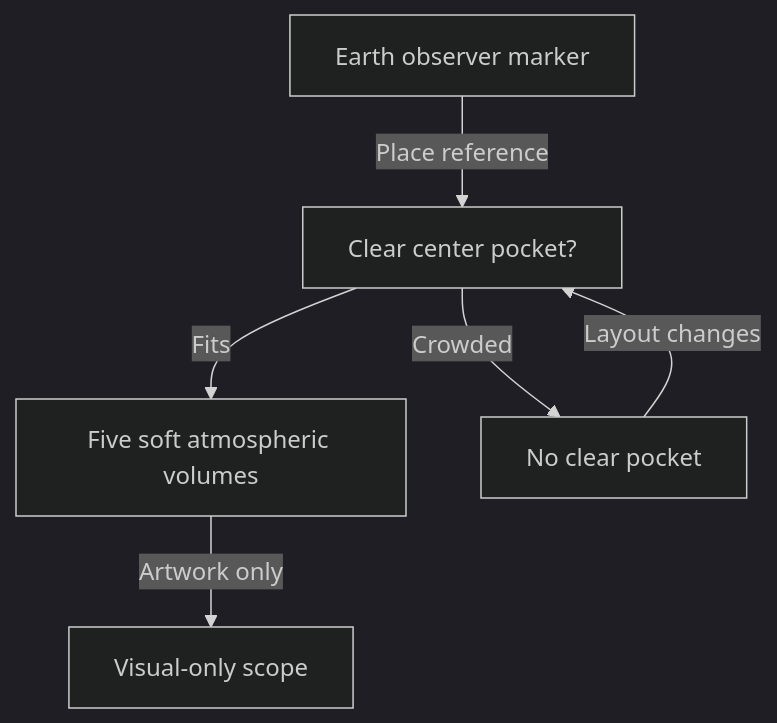
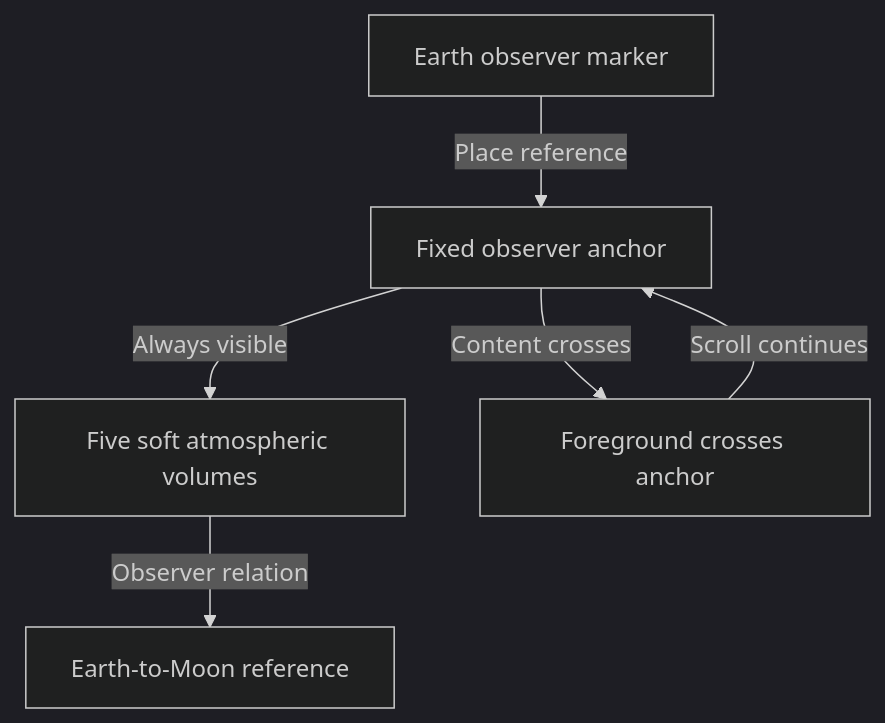
Diagram 23 of 29 in docs/app-map/FLOW-REFERENCE.md (missionode/lite), drawn with Mermaid (dark theme) before and after one commit. The commit also changed other lines of this file and 8 other files, not shown here.

First line of the commit message:
[CP-EARTH-002] Anchor Earth and relate the Moon

````diff
--- a/docs/app-map/FLOW-REFERENCE.md
+++ b/docs/app-map/FLOW-REFERENCE.md
@@ -1062,13 +1062,13 @@
 ```mermaid
 flowchart TD
   day["Earth observer marker"]
-  fit["Clear center pocket?"]
+  fit["Fixed observer anchor"]
   layers["Five soft atmospheric volumes"]
-  hidden["No clear pocket"]
-  scope["Visual-only scope"]
+  overlap["Foreground crosses anchor"]
+  scope["Earth-to-Moon reference"]
   day -->|"Place reference"| fit
-  fit -->|"Fits"| layers
-  fit -->|"Crowded"| hidden
-  layers -->|"Artwork only"| scope
-  hidden -->|"Layout changes"| fit
+  fit -->|"Always visible"| layers
+  fit -->|"Content crosses"| overlap
+  layers -->|"Observer relation"| scope
+  overlap -->|"Scroll continues"| fit
 ```
````
